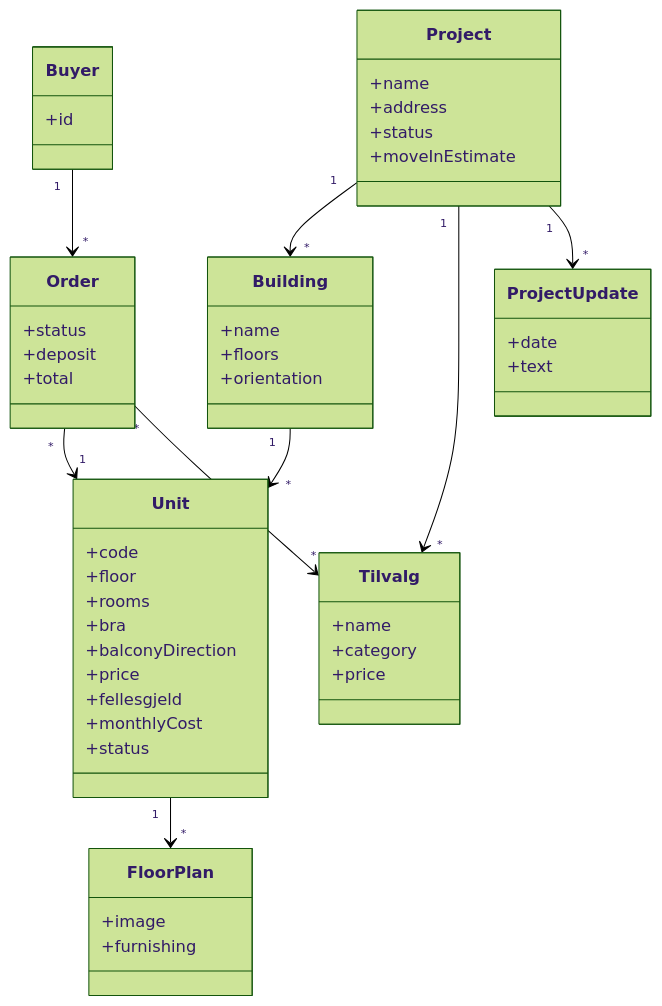
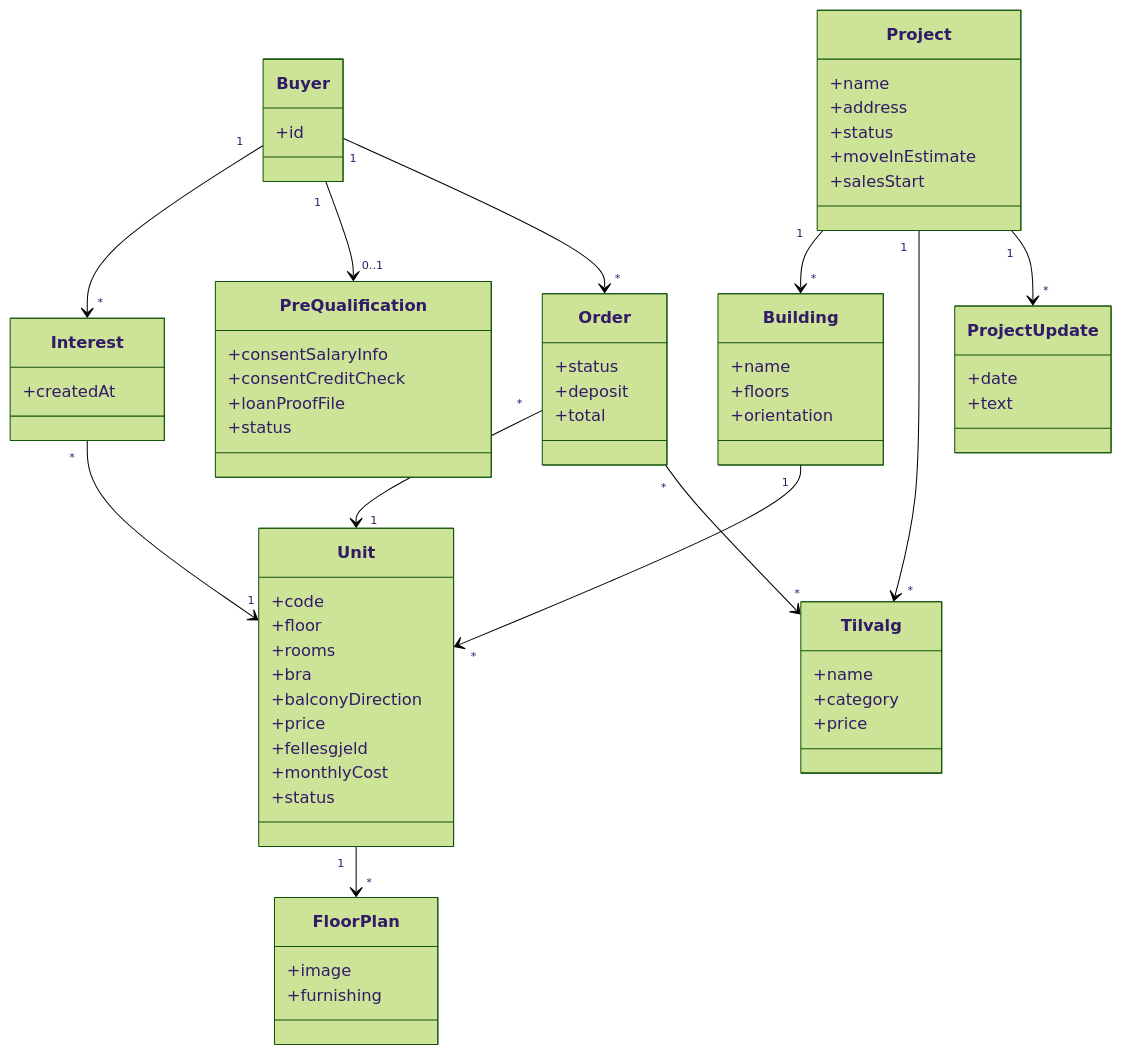
One commit to kremflote/Borettslaget changed the third of 3 diagrams in docs/project/Architecture.md. Above: the diagram before and after it, drawn with Mermaid (forest theme). The commit also changed other lines of this file and 9 other files, not shown here.

First line of the commit message:
Design Sprint: record group decisions on interest-first flow and scope

````diff
--- a/docs/project/Architecture.md
+++ b/docs/project/Architecture.md
@@ -72,54 +77,67 @@
 ```mermaid
 classDiagram
   class Project {
     +name
     +address
     +status
     +moveInEstimate
+    +salesStart
   }
   class Building {
     +name
     +floors
     +orientation
   }
   class Unit {
     +code
     +floor
     +rooms
     +bra
     +balconyDirection
     +price
     +fellesgjeld
     +monthlyCost
     +status
   }
   class FloorPlan {
     +image
     +furnishing
   }
   class Tilvalg {
     +name
     +category
     +price
   }
   class Buyer {
     +id
   }
+  class Interest {
+    +createdAt
+  }
+  class PreQualification {
+    +consentSalaryInfo
+    +consentCreditCheck
+    +loanProofFile
+    +status
+  }
   class Order {
     +status
     +deposit
     +total
   }
   class ProjectUpdate {
     +date
     +text
   }
   Project "1" --> "*" Building
   Building "1" --> "*" Unit
   Unit "1" --> "*" FloorPlan
   Project "1" --> "*" Tilvalg
   Project "1" --> "*" ProjectUpdate
+  Buyer "1" --> "*" Interest
+  Interest "*" --> "1" Unit
+  Buyer "1" --> "0..1" PreQualification
   Buyer "1" --> "*" Order
   Order "*" --> "1" Unit
   Order "*" --> "*" Tilvalg
 ```
````
